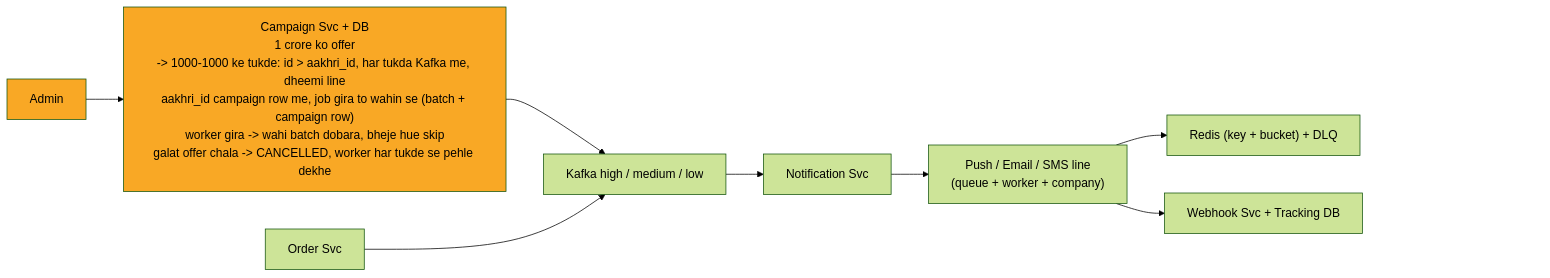
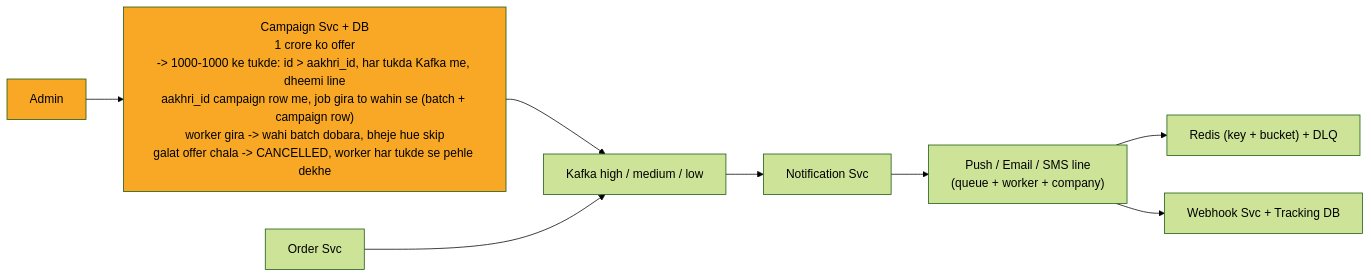
One commit to ArpanMaheshwari144/Prep changed diagram 11 of 13 in 04_HLD/SYSTEM_DESIGNS/04_notification_system/04_notification_system.md. Above: the diagram before and after it, drawn with Mermaid (forest theme). The commit also changed other lines of this file and 182 other files, not shown here.

Commit message:
hld 14 file: har diagram mermaid-cli se SVG image (source details me), n_pad hataya, render tool 04_HLD/tools

````diff
--- a/04_HLD/SYSTEM_DESIGNS/04_notification_system/04_notification_system.md
+++ b/04_HLD/SYSTEM_DESIGNS/04_notification_system/04_notification_system.md
@@ -477,24 +521,21 @@
 ```mermaid
 %%{init: {"flowchart": {"wrappingWidth": 450}}}%%
 flowchart LR
     n_Admin["Admin"]
     n_CAMP["Campaign Svc + DB<br/>1 crore ko offer<br/>-> 1000-1000 ke tukde: id > aakhri_id, har tukda Kafka me, dheemi line<br/>aakhri_id campaign row me, job gira to wahin se (batch + campaign row)<br/>worker gira -> wahi batch dobara, bheje hue skip<br/>galat offer chala -> CANCELLED, worker har tukde se pehle dekhe"]
     n_Order_Svc["Order Svc"]
     n_Kafka["Kafka high / medium / low"]
     n_Notification_Svc["Notification Svc"]
     n_LINES["Push / Email / SMS line<br/>(queue + worker + company)"]
     n_RDLQ["Redis (key + bucket) + DLQ"]
     n_WH["Webhook Svc + Tracking DB"]
     n_Admin --> n_CAMP
     n_CAMP --> n_Kafka
     n_Order_Svc --> n_Kafka
     n_Kafka --> n_Notification_Svc
     n_Notification_Svc --> n_LINES
     n_LINES --> n_RDLQ
     n_LINES --> n_WH
-    n_pad["xxxxxxxxxxxxxxxx"]
-    n_WH ~~~ n_pad
     style n_Admin fill:#f9a825,color:#000
     style n_CAMP fill:#f9a825,color:#000
-    style n_pad fill:none,stroke:none,color:#ffffff00
 ```
````
